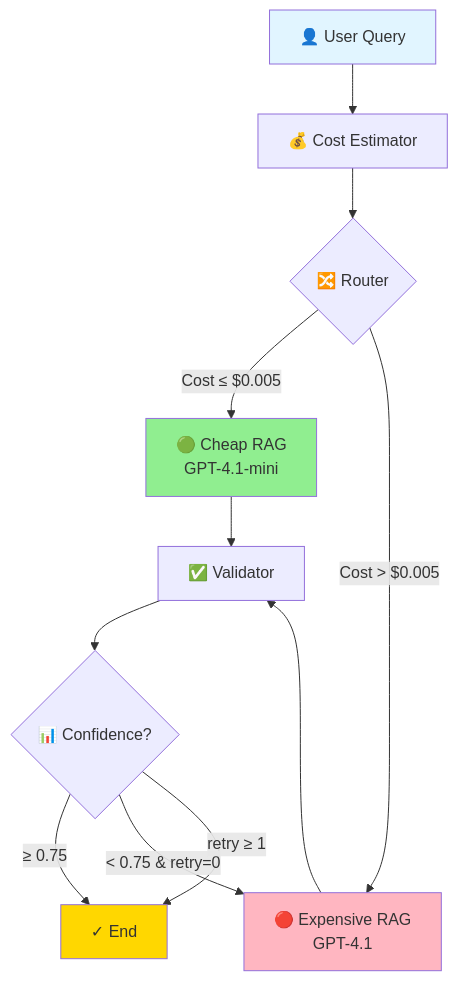
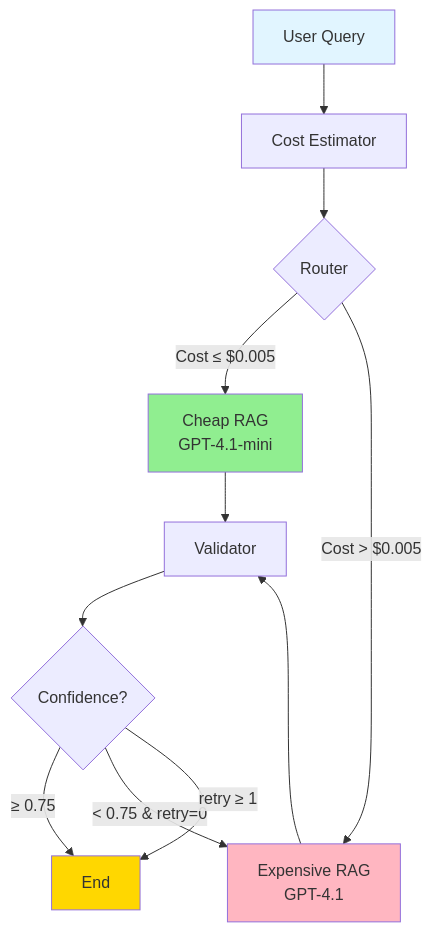
One commit to aaryan182/ai_agents_prod_langgraph changed the first of 10 diagrams in README.md. Above: the diagram before and after it, drawn with Mermaid. The commit also changed other lines of this file and 7 other files, not shown here.

````diff
--- a/README.md
+++ b/README.md
@@ -143,18 +143,18 @@
 ```mermaid
 graph TD
-    A[👤 User Query] --> B[💰 Cost Estimator]
-    B --> C{🔀 Router}
-    C -->|Cost ≤ $0.005| D[🟢 Cheap RAG<br/>GPT-4.1-mini]
-    C -->|Cost > $0.005| E[🔴 Expensive RAG<br/>GPT-4.1]
-    D --> F[✅ Validator]
+    A[User Query] --> B[Cost Estimator]
+    B --> C{Router}
+    C -->|Cost ≤ $0.005| D[Cheap RAG<br/>GPT-4.1-mini]
+    C -->|Cost > $0.005| E[Expensive RAG<br/>GPT-4.1]
+    D --> F[Validator]
     E --> F
-    F --> G{📊 Confidence?}
-    G -->|≥ 0.75| H[✓ End]
+    F --> G{Confidence?}
+    G -->|≥ 0.75| H[End]
     G -->|< 0.75 & retry=0| E
     G -->|retry ≥ 1| H
     
     style A fill:#e1f5ff
     style D fill:#90EE90
     style E fill:#FFB6C1
     style H fill:#FFD700
 ```
````
